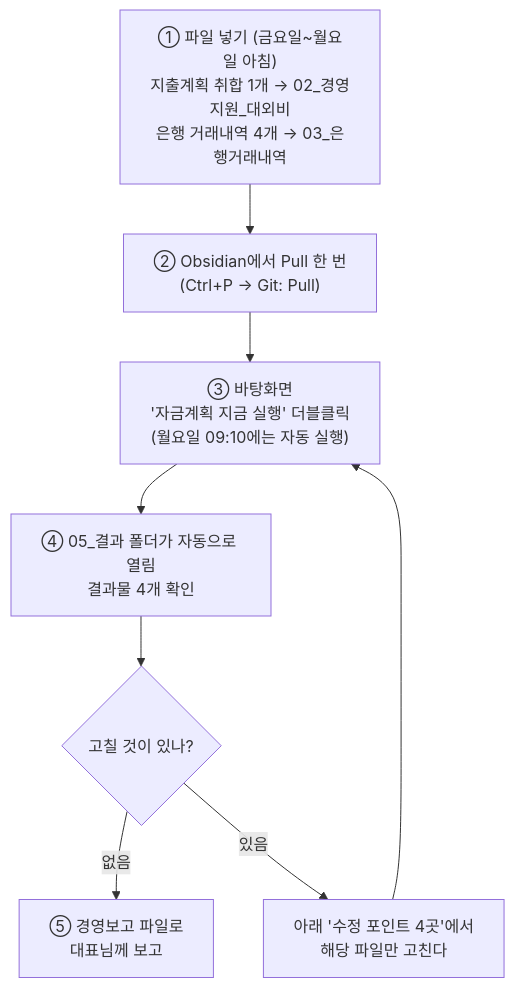
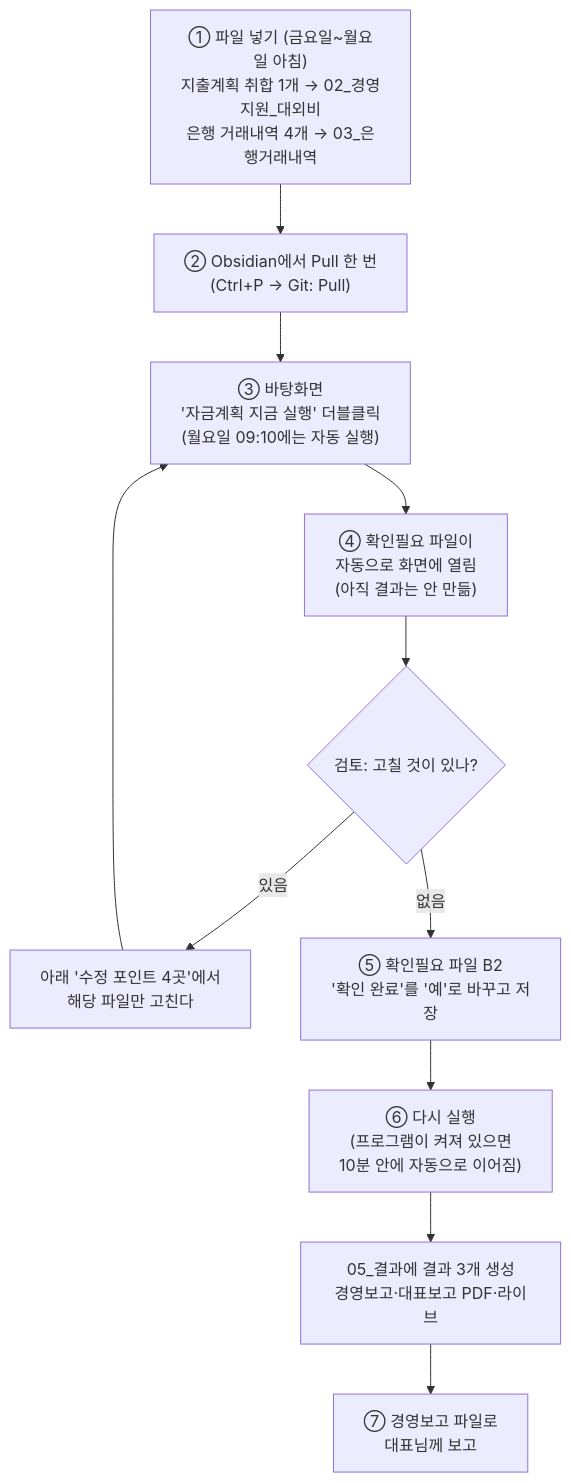
One commit to goldgarden9620419-maker/mynotes changed the diagram in 01-Projects/에이팜건강-주간자금계획-자동화/자금계획_자동화_순서도와_사용방법.md. Above: the diagram before and after it, drawn with Mermaid. The commit also changed other lines of this file and 9 other files, not shown here.

First line of the commit message:
2단계 실행: 확인필요 검토 후 결과 생성 + 05_결과는 결과물 3종만

````diff
--- a/01-Projects/에이팜건강-주간자금계획-자동화/자금계획_자동화_순서도와_사용방법.md
+++ b/01-Projects/에이팜건강-주간자금계획-자동화/자금계획_자동화_순서도와_사용방법.md
@@ -8,10 +8,13 @@
 ```mermaid
 flowchart TD
     A["① 파일 넣기 (금요일~월요일 아침)<br>지출계획 취합 1개 → 02_경영지원_대외비<br>은행 거래내역 4개 → 03_은행거래내역"] --> B["② Obsidian에서 Pull 한 번<br>(Ctrl+P → Git: Pull)"]
     B --> C["③ 바탕화면<br>'자금계획 지금 실행' 더블클릭<br>(월요일 09:10에는 자동 실행)"]
-    C --> D["④ 05_결과 폴더가 자동으로 열림<br>결과물 4개 확인"]
-    D --> E{"고칠 것이 있나?"}
-    E -- 없음 --> F["⑤ 경영보고 파일로<br>대표님께 보고"]
+    C --> D["④ 확인필요 파일이<br>자동으로 화면에 열림<br>(아직 결과는 안 만듦)"]
+    D --> E{"검토: 고칠 것이 있나?"}
     E -- 있음 --> G["아래 '수정 포인트 4곳'에서<br>해당 파일만 고친다"]
     G --> C
+    E -- 없음 --> H["⑤ 확인필요 파일 B2<br>'확인 완료'를 '예'로 바꾸고 저장"]
+    H --> I["⑥ 다시 실행<br>(프로그램이 켜져 있으면<br>10분 안에 자동으로 이어짐)"]
+    I --> J["05_결과에 결과 3개 생성<br>경영보고·대표보고 PDF·라이브"]
+    J --> K["⑦ 경영보고 파일로<br>대표님께 보고"]
 ```
````
